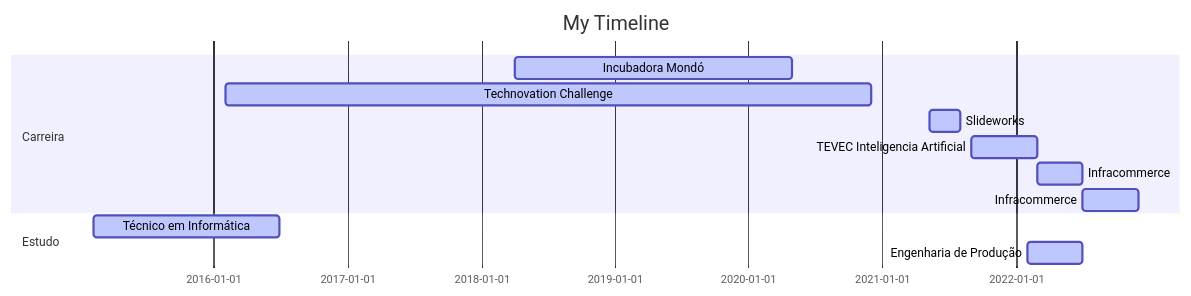
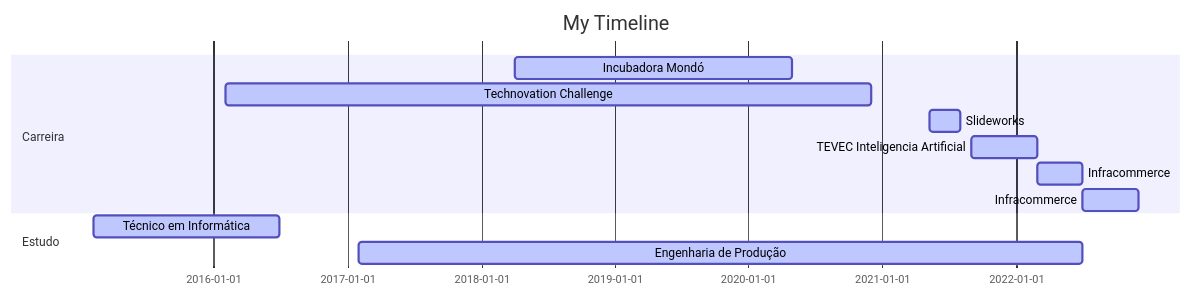
The diagram in README.md (MariiMartins/mariimartins), drawn with Mermaid before and after one commit.

Commit message:
Atualização

````diff
--- a/README.md
+++ b/README.md
@@ -62,19 +62,19 @@
 ``` mermaid
 
 gantt
 dateFormat  YYYY-MM-DD
 title My Timeline
 
 section Carreira
 Incubadora Mondó        :active,, 2018-04-02,2020-04-30
 Technovation Challenge        :active,, 2016-02-02,2020-11-30
 Slideworks        :active,, 2021-05-10,2021-07-31
 TEVEC Inteligencia Artificial       :active,, 2021-09-01,2022-02-28
 Infracommerce           :active,, 2022-03-01,2022-07-01
 Infracommerce          :active,, 2022-07-01,2022-12-01
 
 
 section Estudo
 Técnico em Informática    :active,, 2015-02-07,2016-06-30
-Engenharia de Produção  :active,, 2022-02-01,2022-06-30
+Engenharia de Produção  :active,, 2017-02-01,2022-06-30
 ```
````
